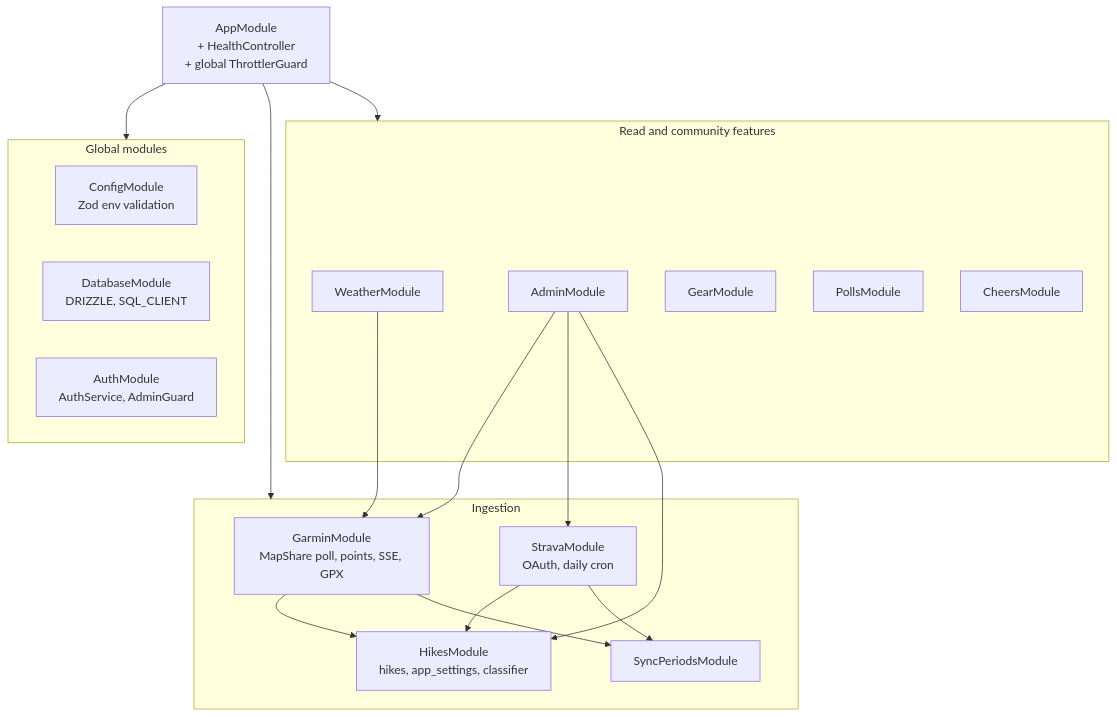
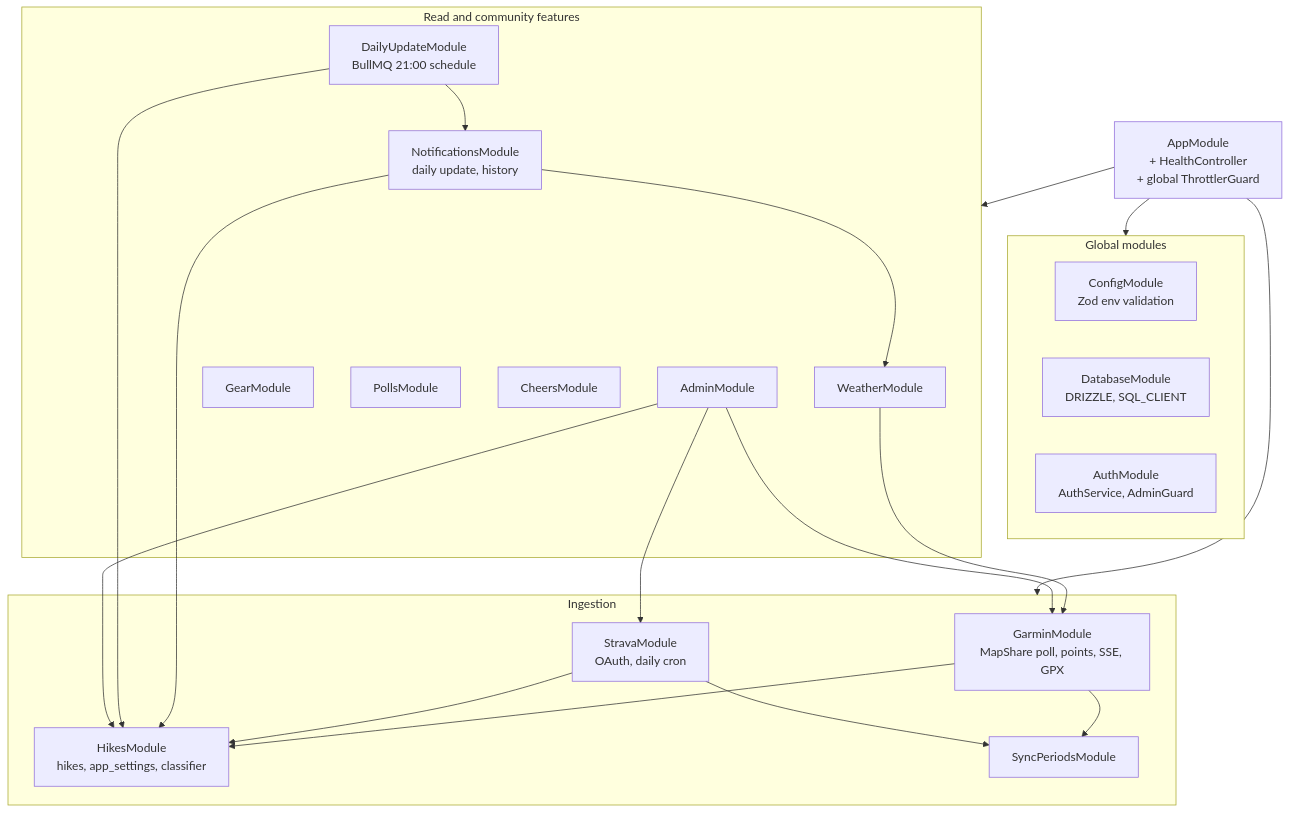
One commit to vicodut/trackpath changed the first of 4 diagrams in docs/ARCHITECTURE.md. Above: the diagram before and after it, drawn with Mermaid. The commit also changed other lines of this file and 2 other files, not shown here.

Commit message:
Ticket #28: docs for the daily update (squash of worktree-agent-a65be186993784e29)

````diff
--- a/docs/ARCHITECTURE.md
+++ b/docs/ARCHITECTURE.md
@@ -164,37 +170,43 @@
 ```mermaid
 flowchart TB
   app["AppModule<br/>+ HealthController<br/>+ global ThrottlerGuard"]
 
   subgraph global["Global modules"]
     config["ConfigModule<br/>Zod env validation"]
     database["DatabaseModule<br/>DRIZZLE, SQL_CLIENT"]
     auth["AuthModule<br/>AuthService, AdminGuard"]
   end
 
   subgraph ingestion["Ingestion"]
     garmin["GarminModule<br/>MapShare poll, points, SSE, GPX"]
     strava["StravaModule<br/>OAuth, daily cron"]
     hikes["HikesModule<br/>hikes, app_settings, classifier"]
     periods["SyncPeriodsModule"]
   end
 
   subgraph features["Read and community features"]
     weather["WeatherModule"]
+    notifications["NotificationsModule<br/>daily update, history"]
+    dailyupdate["DailyUpdateModule<br/>BullMQ 21:00 schedule"]
     admin["AdminModule"]
     gear["GearModule"]
     polls["PollsModule"]
     cheers["CheersModule"]
   end
 
   app --> global
   app --> ingestion
   app --> features
   garmin --> hikes
   garmin --> periods
   strava --> hikes
   strava --> periods
   weather --> garmin
+  notifications --> hikes
+  notifications --> weather
+  dailyupdate --> hikes
+  dailyupdate --> notifications
   admin --> garmin
   admin --> strava
   admin --> hikes
 ```
````
